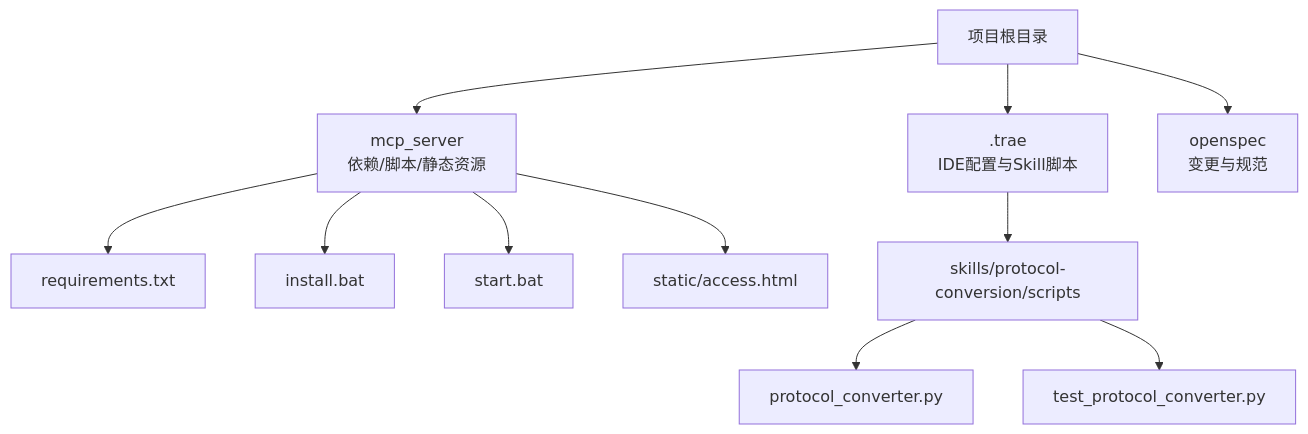
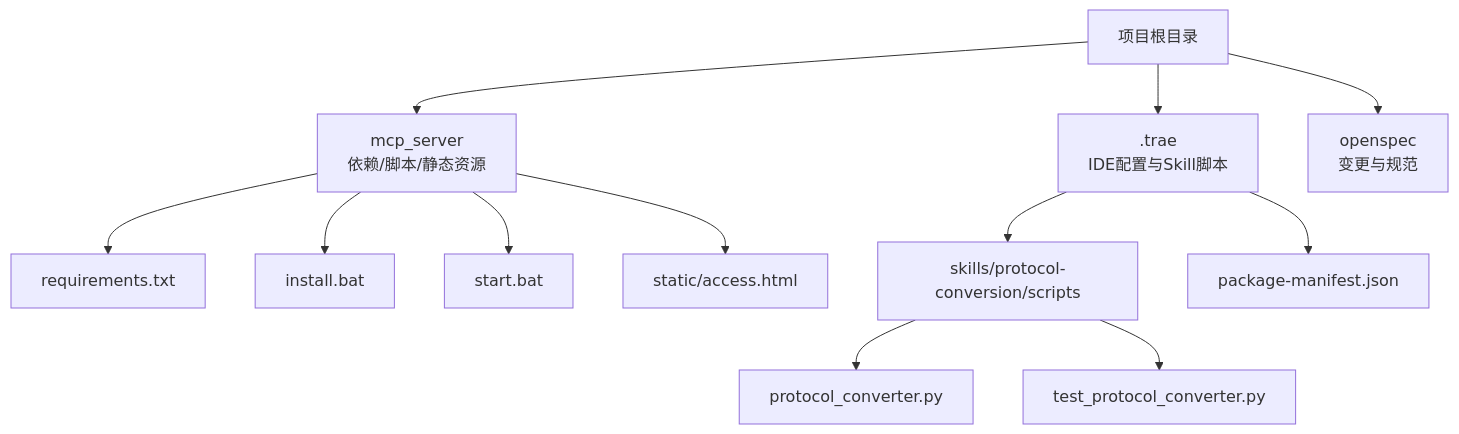
One commit to rookie-wind/web_ai changed the first of 10 diagrams in .qoder/repowiki/zh/content/开发指南/开发指南.md. Above: the diagram before and after it, drawn with Mermaid. The commit also changed other lines of this file and 117 other files, not shown here.

````diff
--- a/.qoder/repowiki/zh/content/开发指南/开发指南.md
+++ b/.qoder/repowiki/zh/content/开发指南/开发指南.md
@@ -36,13 +51,14 @@
 ```mermaid
 graph TB
 A["项目根目录"] --> B["mcp_server<br/>依赖/脚本/静态资源"]
 A --> C[".trae<br/>IDE配置与Skill脚本"]
 A --> D["openspec<br/>变更与规范"]
 B --> B1["requirements.txt"]
 B --> B2["install.bat"]
 B --> B3["start.bat"]
 B --> B4["static/access.html"]
 C --> C1["skills/protocol-conversion/scripts"]
 C1 --> C1a["protocol_converter.py"]
 C1 --> C1b["test_protocol_converter.py"]
+C --> C2["package-manifest.json"]
 ```
````
